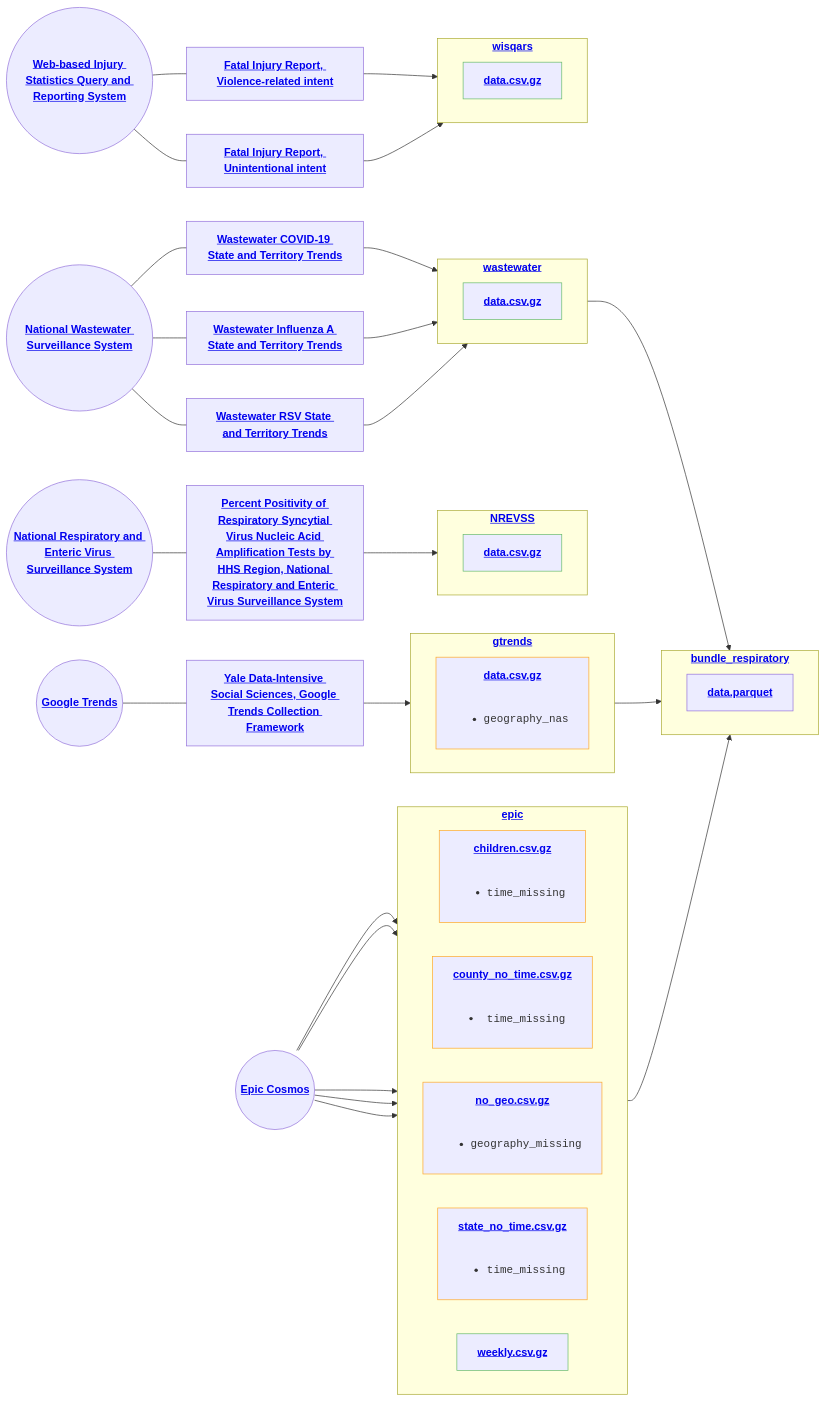
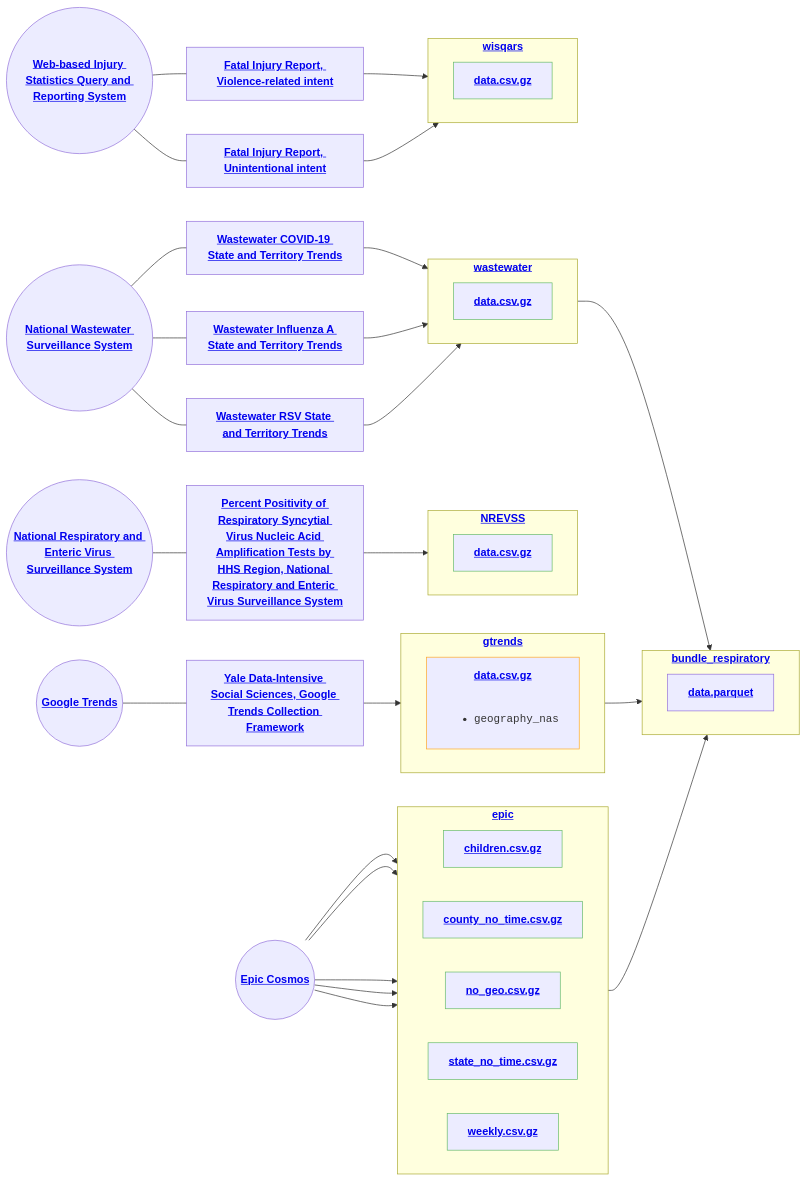
One commit to DISSC-yale/pophive_demo changed the diagram in status.md. Above: the diagram before and after it, drawn with Mermaid. The commit also changed 2 other files, not shown here.

Commit message:
scheduled data build

````diff
--- a/status.md
+++ b/status.md
@@ -1,61 +1,61 @@
 ```mermaid
 flowchart LR
     classDef pass stroke:#66bb6a
     classDef warn stroke:#ffa726
     classDef fail stroke:#f44336
     s0(("<strong><a href="https://cosmos.epic.com" target="_blank" rel="noreferrer">Epic Cosmos</a></strong>"))
     s1(("<strong><a href="https://trends.google.com" target="_blank" rel="noreferrer">Google Trends</a></strong>"))
     s3(("<strong><a href="https://www.cdc.gov/nrevss" target="_blank" rel="noreferrer">National Respiratory and Enteric Virus Surveillance System</a></strong>"))
     s5(("<strong><a href="https://www.cdc.gov/nwss" target="_blank" rel="noreferrer">National Wastewater Surveillance System</a></strong>"))
     s9(("<strong><a href="https://wisqars.cdc.gov/" target="_blank" rel="noreferrer">Web-based Injury Statistics Query and Reporting System</a></strong>"))
     subgraph epic["`<strong><a href="https://github.com/dissc-yale/pophive_demo/tree/main/data/epic" target="_blank" rel="noreferrer">epic</a></strong>`"]
         direction LR
-        n1["`<strong><a href="https://github.com/dissc-yale/pophive_demo/blob/main/data/epic/standard/children.csv.gz" target="_blank" rel="noreferrer">children.csv.gz</a></strong><br/><br/><ul><li><code>time_missing</code></li></ul>`"]:::warn
-        n2["`<strong><a href="https://github.com/dissc-yale/pophive_demo/blob/main/data/epic/standard/county_no_time.csv.gz" target="_blank" rel="noreferrer">county_no_time.csv.gz</a></strong><br/><br/><ul><li><code>time_missing</code></li></ul>`"]:::warn
-        n3["`<strong><a href="https://github.com/dissc-yale/pophive_demo/blob/main/data/epic/standard/no_geo.csv.gz" target="_blank" rel="noreferrer">no_geo.csv.gz</a></strong><br/><br/><ul><li><code>geography_missing</code></li></ul>`"]:::warn
-        n4["`<strong><a href="https://github.com/dissc-yale/pophive_demo/blob/main/data/epic/standard/state_no_time.csv.gz" target="_blank" rel="noreferrer">state_no_time.csv.gz</a></strong><br/><br/><ul><li><code>time_missing</code></li></ul>`"]:::warn
+        n1["`<strong><a href="https://github.com/dissc-yale/pophive_demo/blob/main/data/epic/standard/children.csv.gz" target="_blank" rel="noreferrer">children.csv.gz</a></strong>`"]:::pass
+        n2["`<strong><a href="https://github.com/dissc-yale/pophive_demo/blob/main/data/epic/standard/county_no_time.csv.gz" target="_blank" rel="noreferrer">county_no_time.csv.gz</a></strong>`"]:::pass
+        n3["`<strong><a href="https://github.com/dissc-yale/pophive_demo/blob/main/data/epic/standard/no_geo.csv.gz" target="_blank" rel="noreferrer">no_geo.csv.gz</a></strong>`"]:::pass
+        n4["`<strong><a href="https://github.com/dissc-yale/pophive_demo/blob/main/data/epic/standard/state_no_time.csv.gz" target="_blank" rel="noreferrer">state_no_time.csv.gz</a></strong>`"]:::pass
         n5["`<strong><a href="https://github.com/dissc-yale/pophive_demo/blob/main/data/epic/standard/weekly.csv.gz" target="_blank" rel="noreferrer">weekly.csv.gz</a></strong>`"]:::pass
     end
     subgraph gtrends["`<strong><a href="https://github.com/dissc-yale/pophive_demo/tree/main/data/gtrends" target="_blank" rel="noreferrer">gtrends</a></strong>`"]
         direction LR
         n6["`<strong><a href="https://github.com/dissc-yale/pophive_demo/blob/main/data/gtrends/standard/data.csv.gz" target="_blank" rel="noreferrer">data.csv.gz</a></strong><br/><br/><ul><li><code>geography_nas</code></li></ul>`"]:::warn
     end
     subgraph NREVSS["`<strong><a href="https://github.com/dissc-yale/pophive_demo/tree/main/data/NREVSS" target="_blank" rel="noreferrer">NREVSS</a></strong>`"]
         direction LR
         n7["`<strong><a href="https://github.com/dissc-yale/pophive_demo/blob/main/data/NREVSS/standard/data.csv.gz" target="_blank" rel="noreferrer">data.csv.gz</a></strong>`"]:::pass
     end
     subgraph wastewater["`<strong><a href="https://github.com/dissc-yale/pophive_demo/tree/main/data/wastewater" target="_blank" rel="noreferrer">wastewater</a></strong>`"]
         direction LR
         n8["`<strong><a href="https://github.com/dissc-yale/pophive_demo/blob/main/data/wastewater/standard/data.csv.gz" target="_blank" rel="noreferrer">data.csv.gz</a></strong>`"]:::pass
     end
     subgraph wisqars["`<strong><a href="https://github.com/dissc-yale/pophive_demo/tree/main/data/wisqars" target="_blank" rel="noreferrer">wisqars</a></strong>`"]
         direction LR
         n9["`<strong><a href="https://github.com/dissc-yale/pophive_demo/blob/main/data/wisqars/standard/data.csv.gz" target="_blank" rel="noreferrer">data.csv.gz</a></strong>`"]:::pass
     end
     subgraph bundle_respiratory["`<strong><a href="https://github.com/dissc-yale/pophive_demo/tree/main/data/bundle_respiratory" target="_blank" rel="noreferrer">bundle_respiratory</a></strong>`"]
         direction LR
         n10["`<strong><a href="https://github.com/dissc-yale/pophive_demo/blob/main/data/bundle_respiratory/dist/data.parquet" target="_blank" rel="noreferrer">data.parquet</a></strong>`"]
     end
     s0 --> n1
     s0 --> n2
     s0 --> n3
     s0 --> n4
     s0 --> n5
     s1---s2["<strong><a href="https://github.com/DISSC-yale/gtrends_collection" target="_blank" rel="noreferrer">Yale Data-Intensive Social Sciences, Google Trends Collection Framework</a></strong>"]
     s2 --> n6
     s3---s4["<strong><a href="https://data.cdc.gov/resource/3cxc-4k8q" target="_blank" rel="noreferrer">Percent Positivity of Respiratory Syncytial Virus Nucleic Acid Amplification Tests by HHS Region, National Respiratory and Enteric Virus Surveillance System</a></strong>"]
     s4 --> n7
     s5---s6["<strong><a href="https://www.cdc.gov/nwss/rv/COVID19-statetrend.html" target="_blank" rel="noreferrer">Wastewater COVID-19 State and Territory Trends</a></strong>"]
     s6 --> n8
     s5---s7["<strong><a href="https://www.cdc.gov/nwss/rv/InfluenzaA-statetrend.html" target="_blank" rel="noreferrer">Wastewater Influenza A State and Territory Trends</a></strong>"]
     s7 --> n8
     s5---s8["<strong><a href="https://www.cdc.gov/nwss/rv/RSV-statetrend.html" target="_blank" rel="noreferrer">Wastewater RSV State and Territory Trends</a></strong>"]
     s8 --> n8
     s9---s10["<strong><a href="https://wisqars.cdc.gov/reports/?o=MORT&i=8&m=20810&s=0&r=0&ry=2&y1=2018&y2=2023&a=ALL&g1=0&g2=199&a1=0&a2=199&r1=MECH&r2=AGEGP&r3=STATE&r4=YEAR&r5=NONE&r6=NONE&g=00&e=0&yp=65&me=0&t=0" target="_blank" rel="noreferrer">Fatal Injury Report, Violence-related intent</a></strong>"]
     s10 --> n9
     s9---s11["<strong><a href="https://wisqars.cdc.gov/reports/?o=MORT&i=1&m=20810&s=0&r=0&ry=2&y1=2018&y2=2023&a=ALL&g1=0&g2=199&a1=0&a2=199&r1=MECH&r2=AGEGP&r3=STATE&r4=YEAR&r5=NONE&r6=NONE&g=00&e=0&yp=65&me=0&t=0" target="_blank" rel="noreferrer">Fatal Injury Report, Unintentional intent</a></strong>"]
     s11 --> n9
     n5 --> bundle_respiratory
     n6 --> bundle_respiratory
     n8 --> bundle_respiratory
 ```
````
